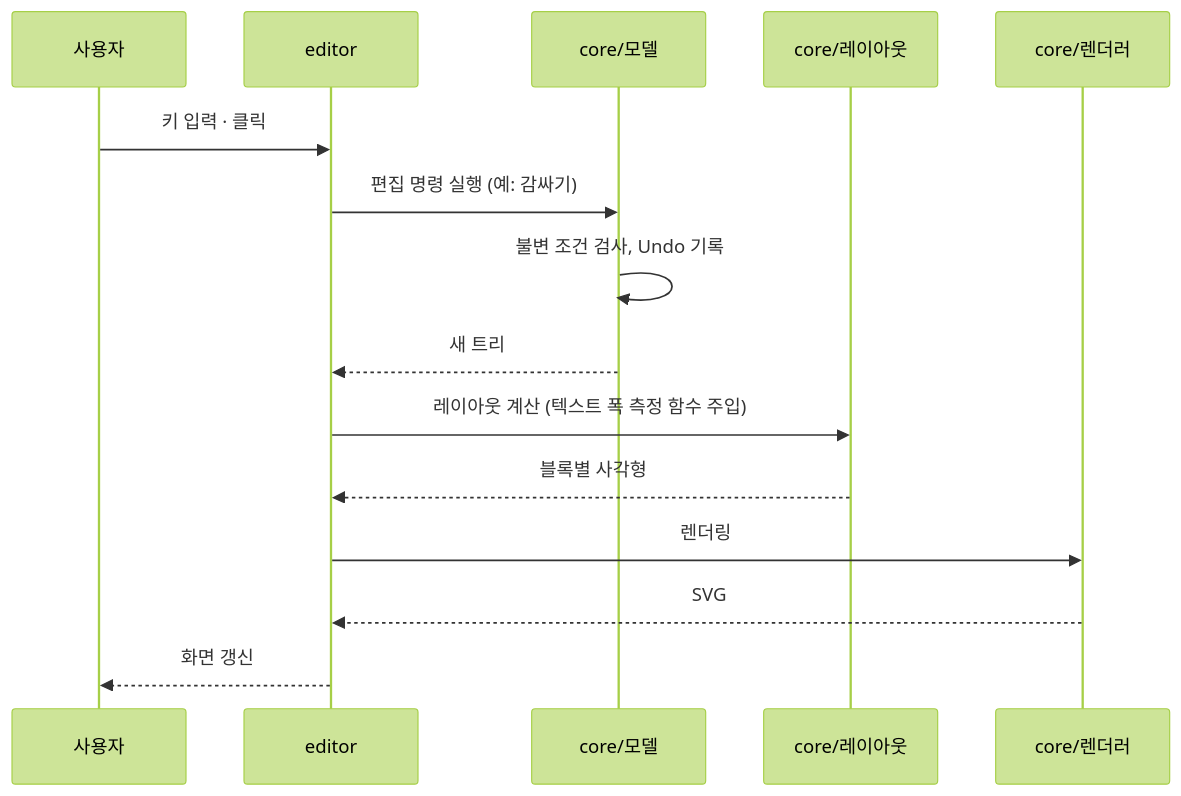
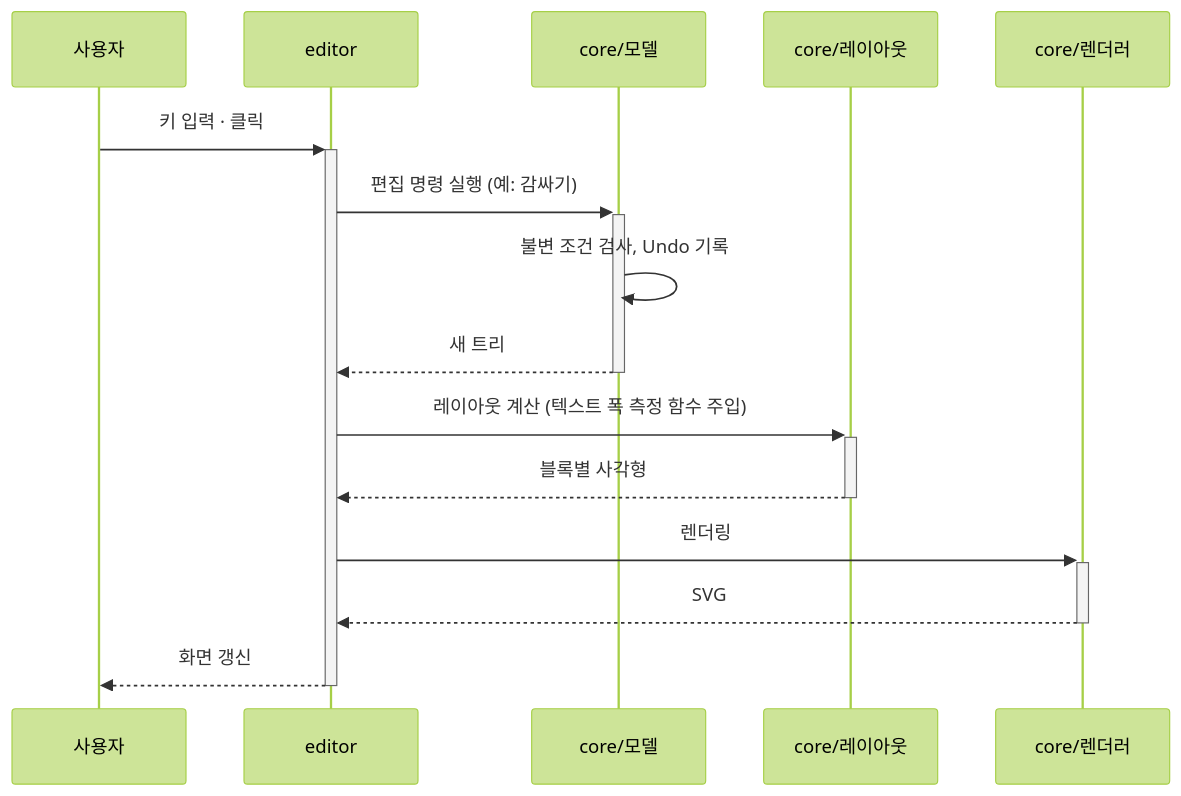
One commit to reddiana/nsdrawing changed the third of 3 diagrams in docs/02-architecture/02-architecture.md. Above: the diagram before and after it, drawn with Mermaid (forest theme). The commit also changed 4 other files, not shown here.

Commit message:
Sequence Diagram에 activation bar, inbox '질문' 범위 명확히

````diff
--- a/docs/02-architecture/02-architecture.md
+++ b/docs/02-architecture/02-architecture.md
@@ -92,17 +92,17 @@
 ```mermaid
 sequenceDiagram
     participant U as 사용자
     participant E as editor
     participant M as core/모델
     participant L as core/레이아웃
     participant R as core/렌더러
-    U->>E: 키 입력 · 클릭
-    E->>M: 편집 명령 실행 (예: 감싸기)
+    U->>+E: 키 입력 · 클릭
+    E->>+M: 편집 명령 실행 (예: 감싸기)
     M->>M: 불변 조건 검사, Undo 기록
-    M-->>E: 새 트리
-    E->>L: 레이아웃 계산 (텍스트 폭 측정 함수 주입)
-    L-->>E: 블록별 사각형
-    E->>R: 렌더링
-    R-->>E: SVG
-    E-->>U: 화면 갱신
+    M-->>-E: 새 트리
+    E->>+L: 레이아웃 계산 (텍스트 폭 측정 함수 주입)
+    L-->>-E: 블록별 사각형
+    E->>+R: 렌더링
+    R-->>-E: SVG
+    E-->>-U: 화면 갱신
 ```
````
